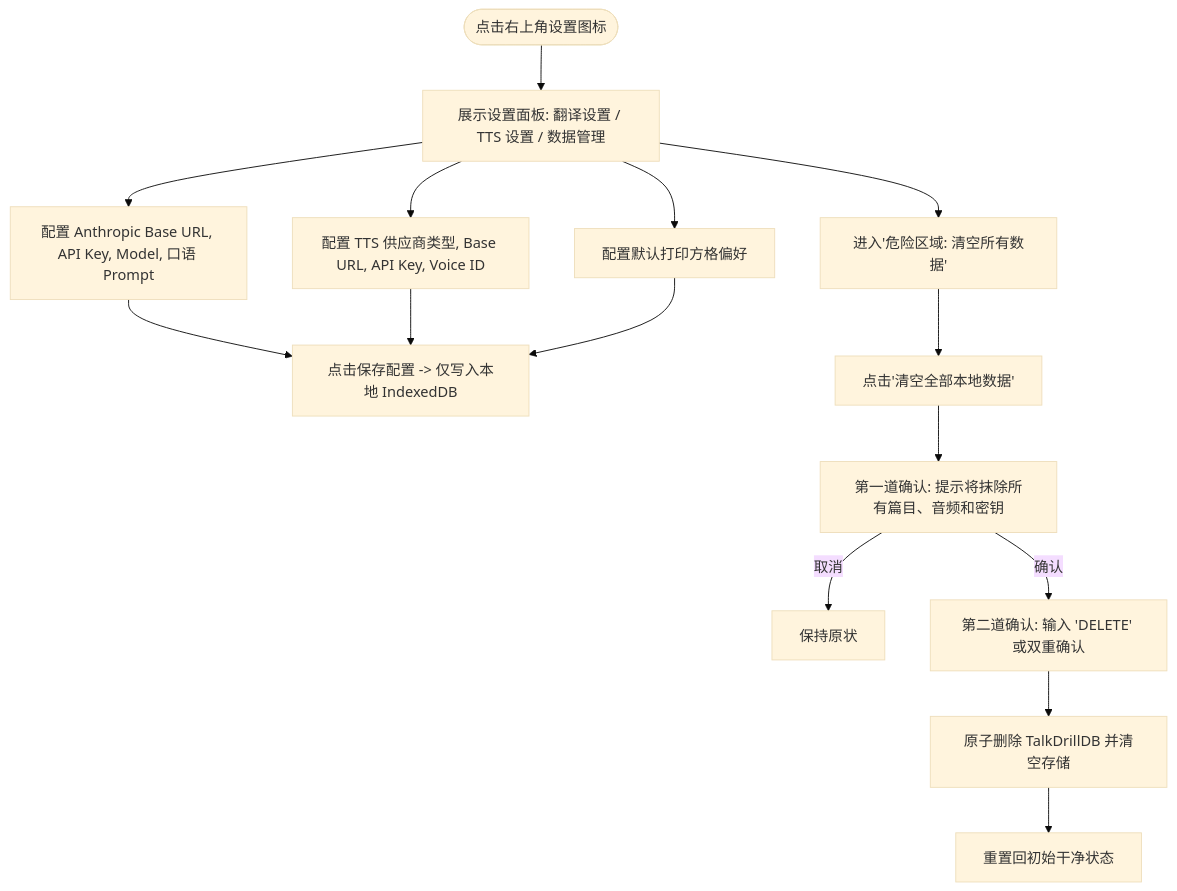
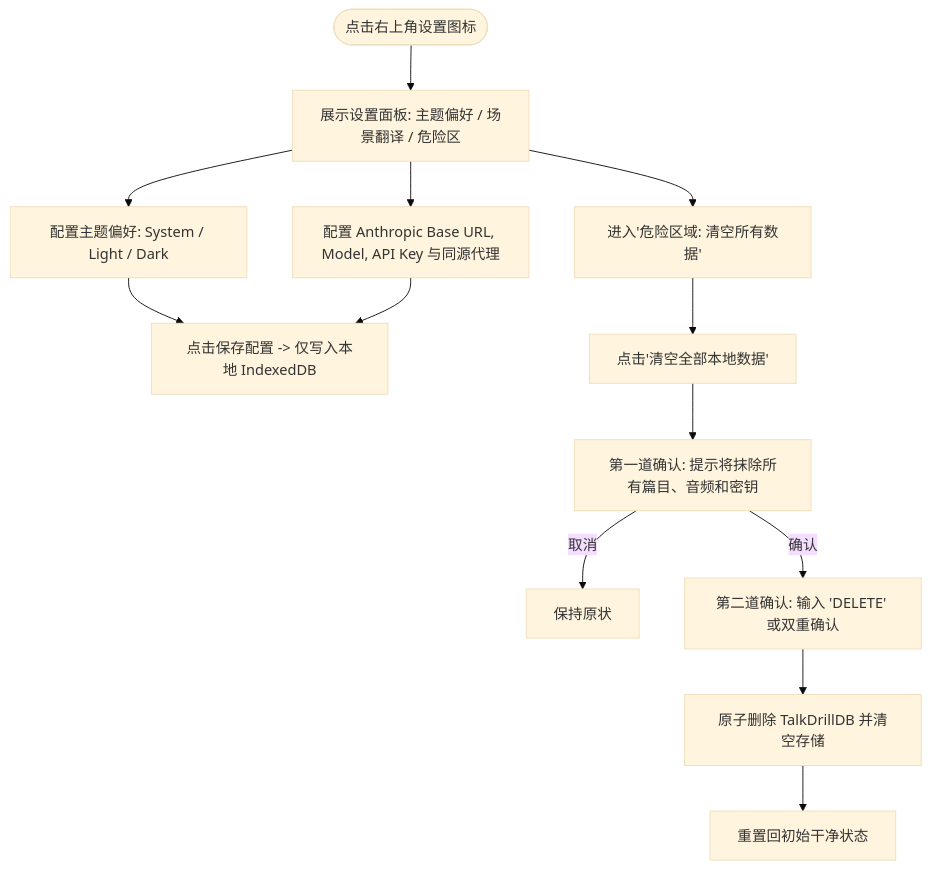
Before and after one commit to availlogic/talkdrill: the seventh of 7 diagrams in docs/User-Flows.md, drawn with Mermaid (base theme). The commit also changed other lines of this file and 14 other files, not shown here.

````diff
--- a/docs/User-Flows.md
+++ b/docs/User-Flows.md
@@ -224,20 +214,18 @@
 ```mermaid
 flowchart TD
-    OpenSettings([点击右上角设置图标]) --> ShowTabs[展示设置面板: 翻译设置 / TTS 设置 / 数据管理]
+    OpenSettings([点击右上角设置图标]) --> ShowTabs[展示设置面板: 主题偏好 / 场景翻译 / 危险区]
     
-    ShowTabs --> ConfigTrans[配置 Anthropic Base URL, API Key, Model, 口语 Prompt]
-    ShowTabs --> ConfigTTS[配置 TTS 供应商类型, Base URL, API Key, Voice ID]
-    ShowTabs --> ConfigMisc[配置默认打印方格偏好]
+    ShowTabs --> ConfigTheme[配置主题偏好: System / Light / Dark]
+    ShowTabs --> ConfigTrans[配置 Anthropic Base URL, Model, API Key 与同源代理]
     
-    ConfigTrans --> SaveSettings[点击保存配置 -> 仅写入本地 IndexedDB]
-    ConfigTTS --> SaveSettings
-    ConfigMisc --> SaveSettings
+    ConfigTheme --> SaveSettings[点击保存配置 -> 仅写入本地 IndexedDB]
+    ConfigTrans --> SaveSettings
     
     ShowTabs --> DangerZone[进入'危险区域: 清空所有数据']
     DangerZone --> ClickPurge[点击'清空全部本地数据']
     ClickPurge --> ConfirmModal1[第一道确认: 提示将抹除所有篇目、音频和密钥]
     ConfirmModal1 -->|取消| CancelPurge[保持原状]
     ConfirmModal1 -->|确认| ConfirmModal2[第二道确认: 输入 'DELETE' 或双重确认]
     ConfirmModal2 --> AtomicDelete[原子删除 TalkDrillDB 并清空存储]
     AtomicDelete --> ReloadApp[重置回初始干净状态]
 ```
````
